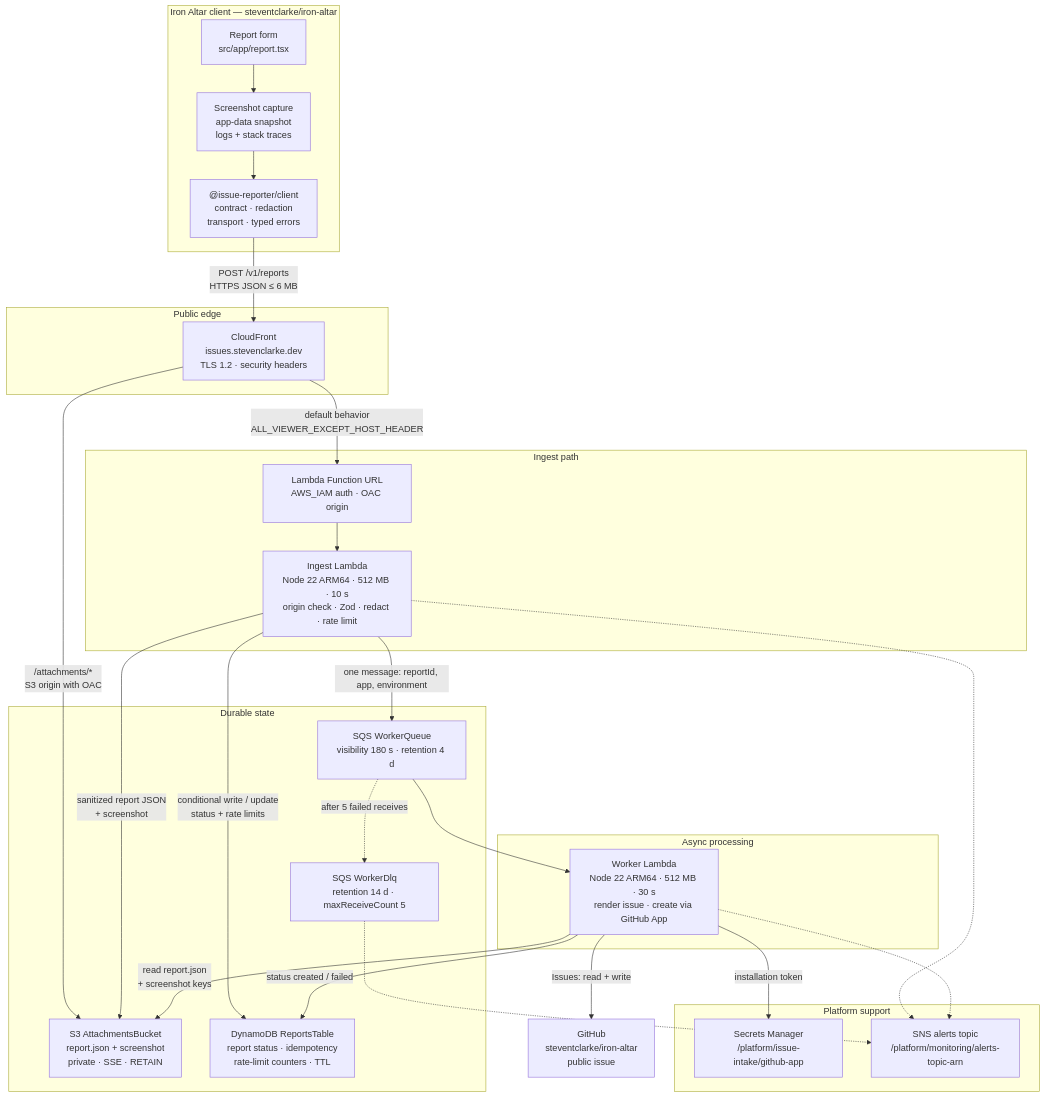
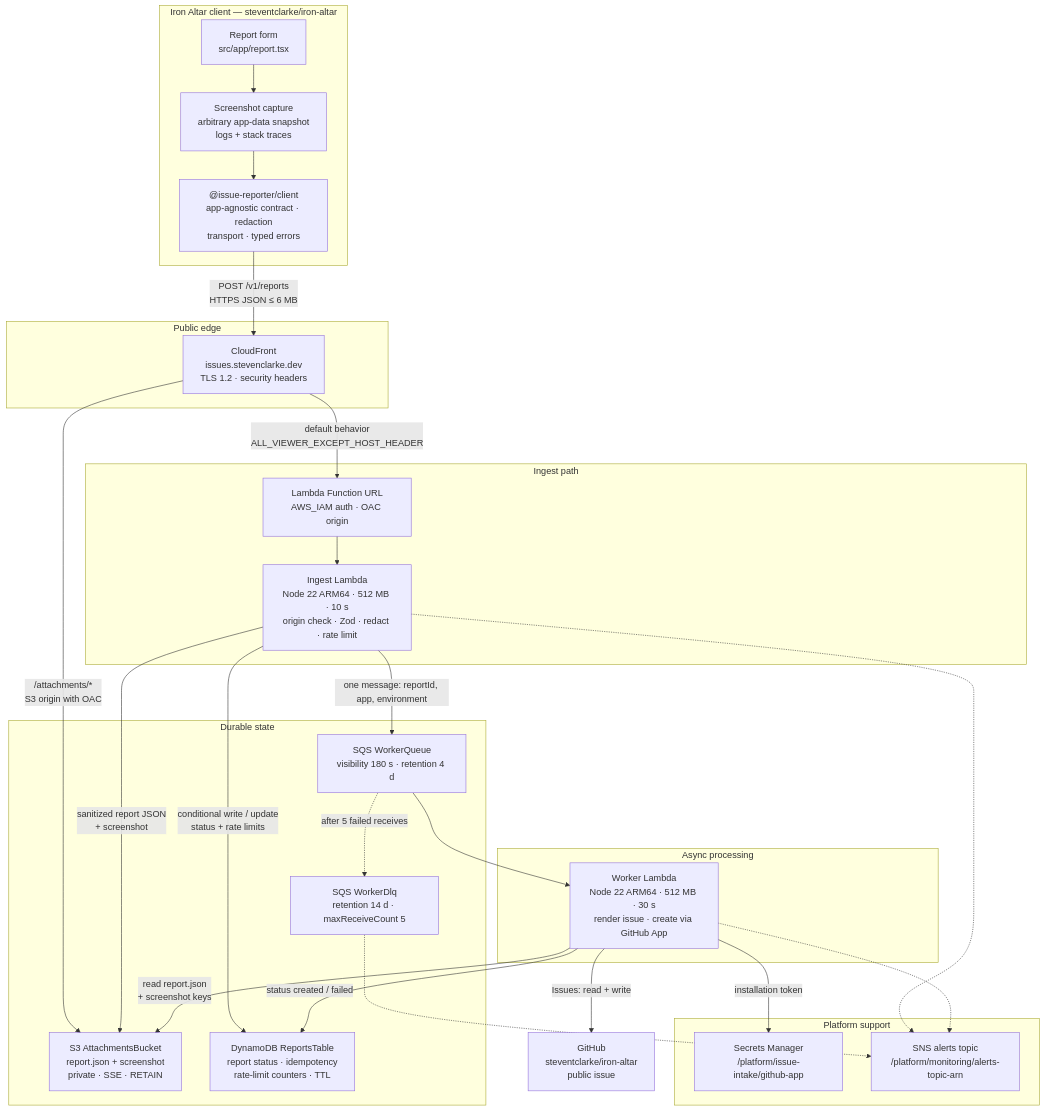
Before and after one commit to steventclarke/issue-reporter: the first of 4 diagrams in docs/issue-reporting-architecture.md, drawn with Mermaid. The commit also changed other lines of this file and 1 other file, not shown here.

Commit message:
Sync design docs with app-agnostic contract

````diff
--- a/docs/issue-reporting-architecture.md
+++ b/docs/issue-reporting-architecture.md
@@ -16,56 +16,56 @@
 ```mermaid
 flowchart TB
   subgraph Client["Iron Altar client — steventclarke/iron-altar"]
     UI["Report form<br/>src/app/report.tsx"]
-    SNAP["Screenshot capture<br/>app-data snapshot<br/>logs + stack traces"]
-    LIB["@issue-reporter/client<br/>contract · redaction<br/>transport · typed errors"]
+    SNAP["Screenshot capture<br/>arbitrary app-data snapshot<br/>logs + stack traces"]
+    LIB["@issue-reporter/client<br/>app-agnostic contract · redaction<br/>transport · typed errors"]
     UI --> SNAP
     SNAP --> LIB
   end
 
   subgraph Edge["Public edge"]
     CF["CloudFront<br/>issues.stevenclarke.dev<br/>TLS 1.2 · security headers"]
   end
 
   subgraph Ingest["Ingest path"]
     FURL["Lambda Function URL<br/>AWS_IAM auth · OAC origin"]
     ING["Ingest Lambda<br/>Node 22 ARM64 · 512 MB · 10 s<br/>origin check · Zod · redact · rate limit"]
   end
 
   subgraph Durable["Durable state"]
     S3["S3 AttachmentsBucket<br/>report.json + screenshot<br/>private · SSE · RETAIN"]
     DDB["DynamoDB ReportsTable<br/>report status · idempotency<br/>rate-limit counters · TTL"]
     Q["SQS WorkerQueue<br/>visibility 180 s · retention 4 d"]
     DLQ["SQS WorkerDlq<br/>retention 14 d · maxReceiveCount 5"]
   end
 
   subgraph Async["Async processing"]
     W["Worker Lambda<br/>Node 22 ARM64 · 512 MB · 30 s<br/>render issue · create via GitHub App"]
   end
 
   subgraph Support["Platform support"]
     SM["Secrets Manager<br/>/platform/issue-intake/github-app"]
     SNS["SNS alerts topic<br/>/platform/monitoring/alerts-topic-arn"]
   end
 
   GH["GitHub<br/>steventclarke/iron-altar<br/>public issue"]
 
   LIB -->|"POST /v1/reports<br/>HTTPS JSON ≤ 6 MB"| CF
   CF -->|"default behavior<br/>ALL_VIEWER_EXCEPT_HOST_HEADER"| FURL
   CF -->|"/attachments/*<br/>S3 origin with OAC"| S3
   FURL --> ING
 
   ING -->|"sanitized report JSON<br/>+ screenshot"| S3
   ING -->|"conditional write / update<br/>status + rate limits"| DDB
   ING -->|"one message: reportId, app, environment"| Q
 
   Q --> W
   Q -.->|"after 5 failed receives"| DLQ
   W -->|"read report.json<br/>+ screenshot keys"| S3
   W -->|"status created / failed"| DDB
   W -->|"installation token"| SM
   W -->|"Issues: read + write"| GH
   DLQ -.-> SNS
   ING -.-> SNS
   W -.-> SNS
 ```
````
